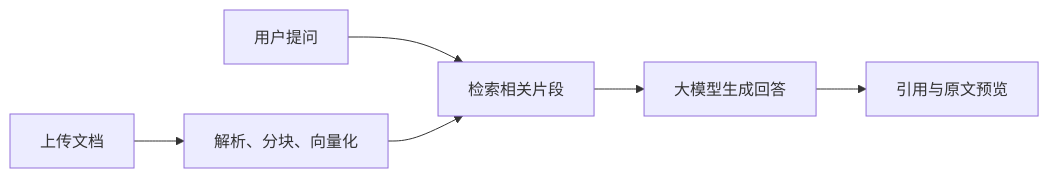
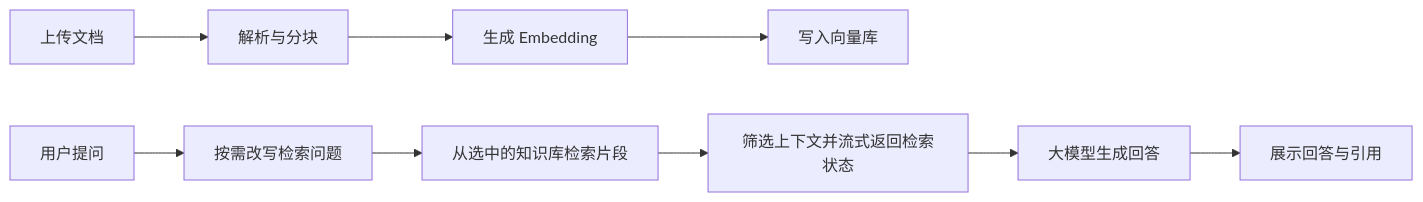
One commit to turing-pixel/turing-rag changed the first of 2 diagrams in README.zh-CN.md. Above: the diagram before and after it, drawn with Mermaid. The commit also changed other lines of this file and 1 other file, not shown here.

````diff
--- a/README.zh-CN.md
+++ b/README.zh-CN.md
@@ -51,8 +40,11 @@
 ```mermaid
 flowchart LR
-  A[上传文档] --> B[解析、分块、向量化]
-  C[用户提问] --> D[检索相关片段]
-  B --> D
-  D --> E[大模型生成回答]
-  E --> F[引用与原文预览]
+  A["上传文档"] --> B["解析与分块"]
+  B --> C["生成 Embedding"]
+  C --> D["写入向量库"]
+  E["用户提问"] --> F["按需改写检索问题"]
+  F --> G["从选中的知识库检索片段"]
+  G --> H["筛选上下文并流式返回检索状态"]
+  H --> I["大模型生成回答"]
+  I --> J["展示回答与引用"]
 ```
````
